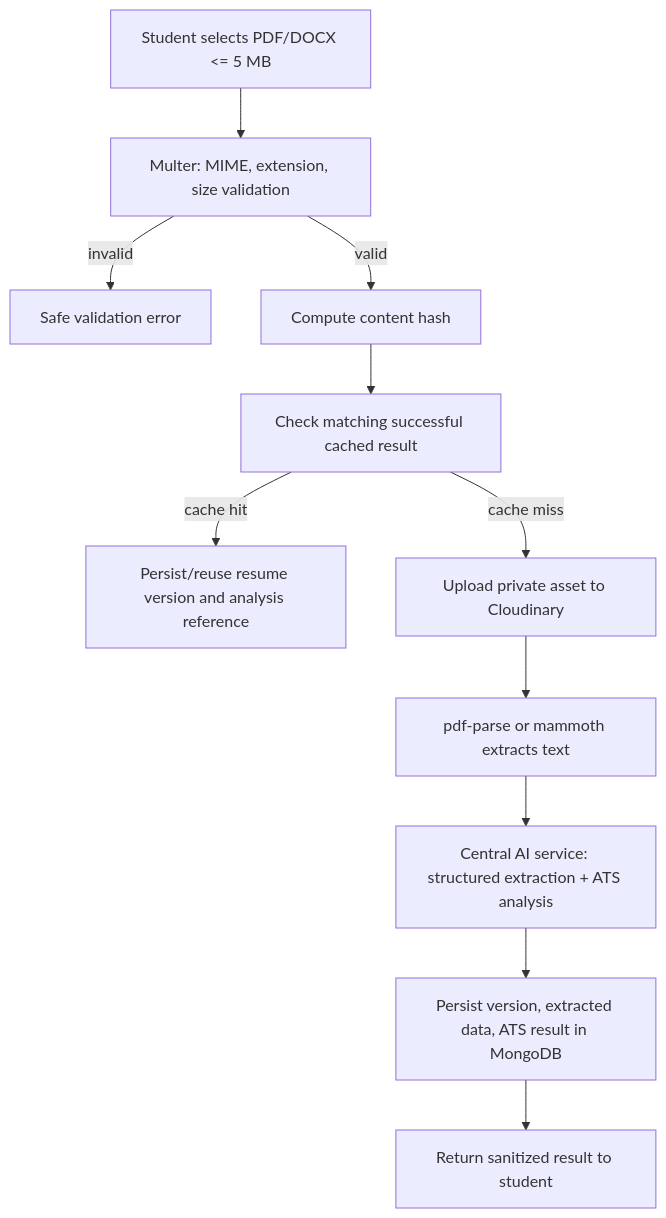
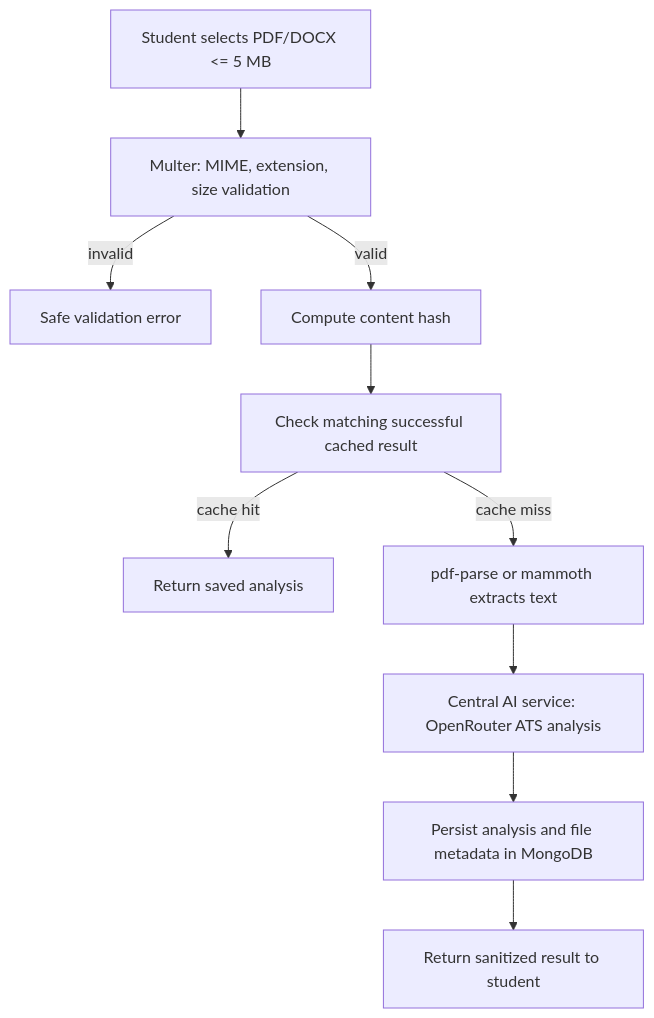
Before and after one commit to rohan-kendre/AI-driven-recruitment-system: the third of 6 diagrams in docs/architecture.md, drawn with Mermaid. The commit also changed other lines of this file and 40 other files, not shown here.

````diff
--- a/docs/architecture.md
+++ b/docs/architecture.md
@@ -205,13 +206,12 @@
 ```mermaid
 flowchart TD
   F[Student selects PDF/DOCX <= 5 MB] --> V[Multer: MIME, extension, size validation]
   V -->|invalid| E[Safe validation error]
   V -->|valid| H[Compute content hash]
   H --> C[Check matching successful cached result]
-  C -->|cache hit| S[Persist/reuse resume version and analysis reference]
-  C -->|cache miss| U[Upload private asset to Cloudinary]
-  U --> X[pdf-parse or mammoth extracts text]
-  X --> G[Central AI service: structured extraction + ATS analysis]
-  G --> P[Persist version, extracted data, ATS result in MongoDB]
+  C -->|cache hit| S[Return saved analysis]
+  C -->|cache miss| X[pdf-parse or mammoth extracts text]
+  X --> G[Central AI service: OpenRouter ATS analysis]
+  G --> P[Persist analysis and file metadata in MongoDB]
   P --> R[Return sanitized result to student]
 ```
````
